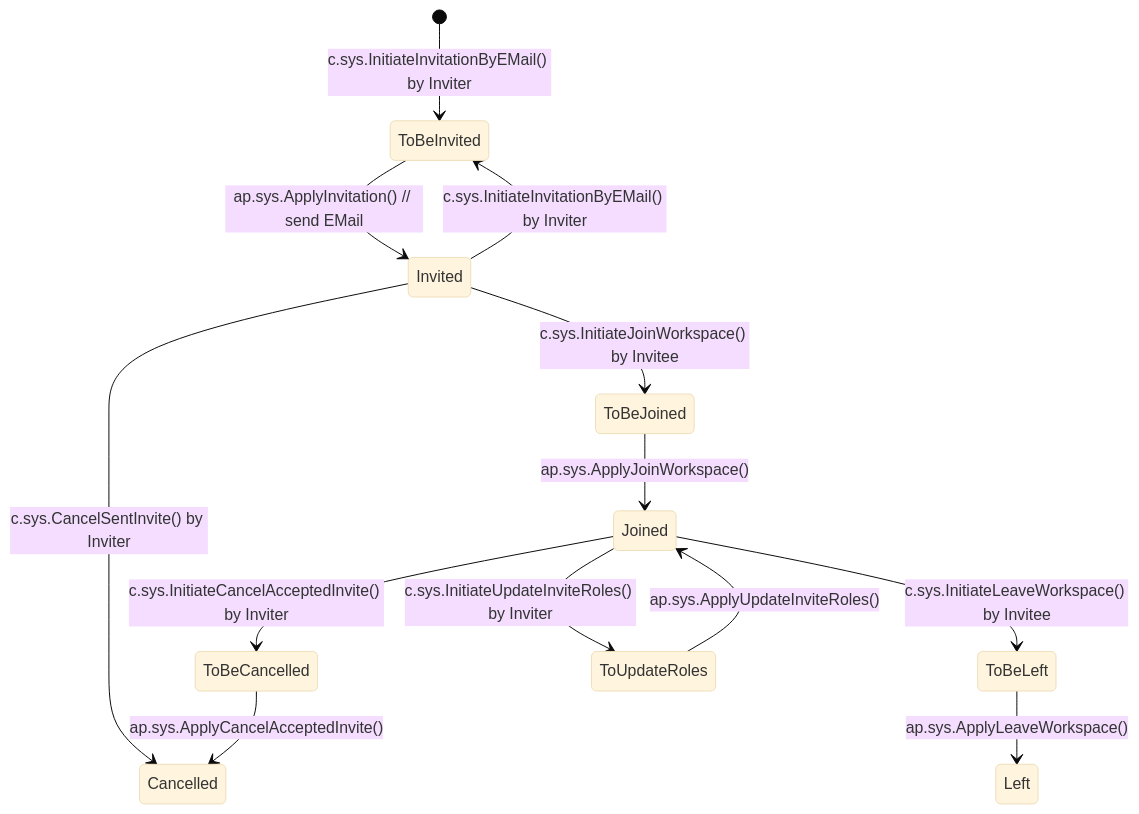
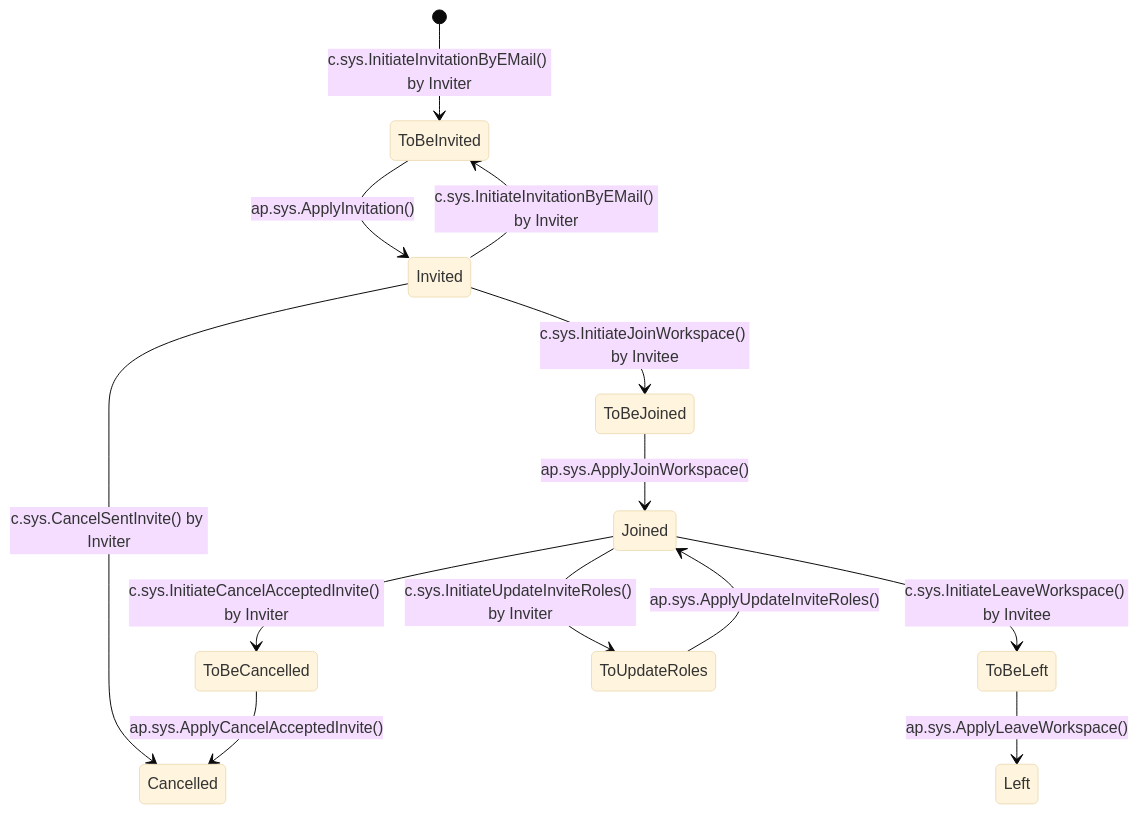
Before and after one commit to voedger/voedger-internals: the second of 3 diagrams in server/invites/invites.md, drawn with Mermaid (base theme). The commit also changed other lines of this file and 3 other files, not shown here.

````diff
--- a/server/invites/invites.md
+++ b/server/invites/invites.md
@@ -111,22 +115,23 @@
 ```mermaid
 stateDiagram-v2
 
     [*] --> ToBeInvited : c.sys.InitiateInvitationByEMail() by Inviter
-    ToBeInvited --> Invited: ap.sys.ApplyInvitation() // send EMail
-
+    
+    ToBeInvited --> Invited: ap.sys.ApplyInvitation()
+    
     Invited --> ToBeInvited: c.sys.InitiateInvitationByEMail() by Inviter
     Invited --> ToBeJoined: c.sys.InitiateJoinWorkspace() by Invitee
     Invited --> Cancelled: c.sys.CancelSentInvite() by Inviter
 
     ToBeJoined --> Joined: ap.sys.ApplyJoinWorkspace()
 
     Joined --> ToBeCancelled: c.sys.InitiateCancelAcceptedInvite() by Inviter
     Joined --> ToBeLeft: c.sys.InitiateLeaveWorkspace() by Invitee
     Joined --> ToUpdateRoles: c.sys.InitiateUpdateInviteRoles() by Inviter
 
     ToUpdateRoles --> Joined: ap.sys.ApplyUpdateInviteRoles()
 
     ToBeLeft --> Left: ap.sys.ApplyLeaveWorkspace()
 
     ToBeCancelled --> Cancelled: ap.sys.ApplyCancelAcceptedInvite()
 ```
````
